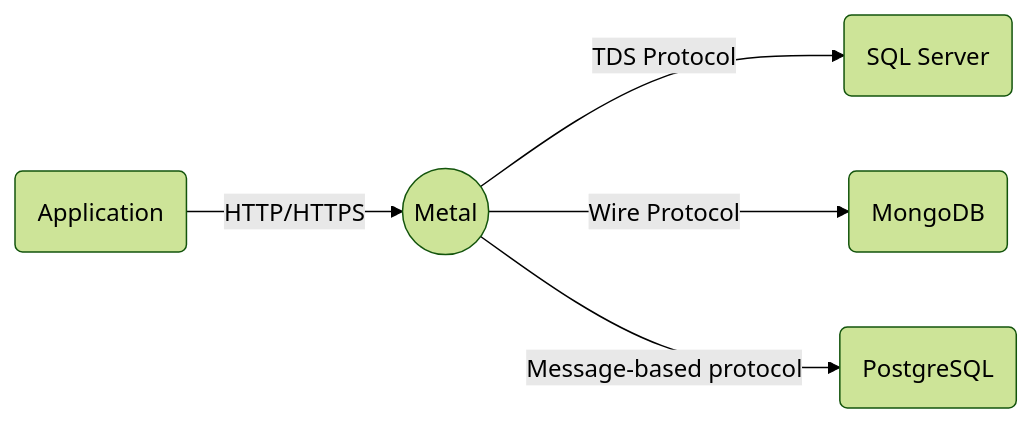
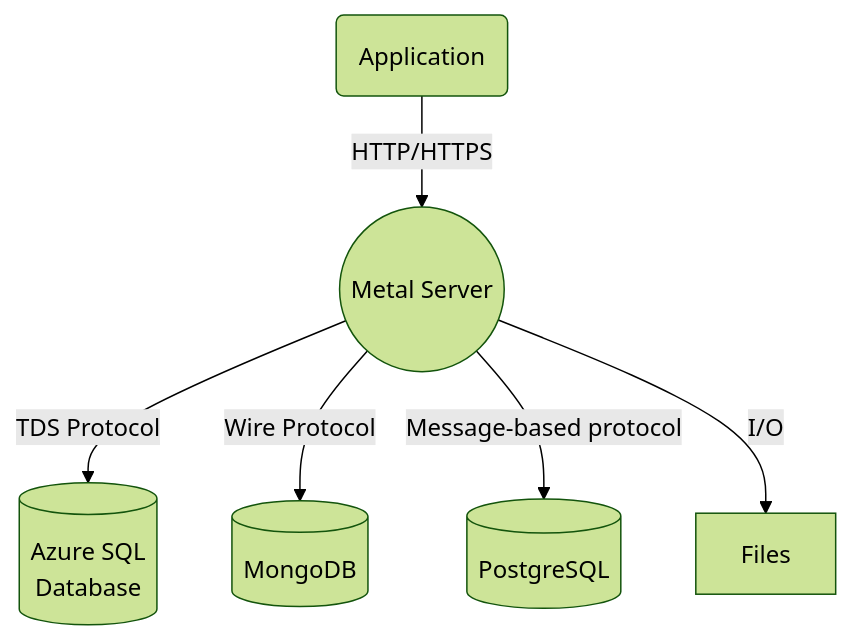
One commit to anismegdiche/metal-server changed the diagram in README.md. Above: the diagram before and after it, drawn with Mermaid (forest theme). The commit also changed other lines of this file and 7 other files, not shown here.

````diff
--- a/README.md
+++ b/README.md
@@ -8,7 +10,8 @@
 ```mermaid
-graph LR
-M((Metal)) -- TDS Protocol --> A(SQL Server)
-M -- Wire Protocol --> B(MongoDB)
-M -- Message-based protocol --> C(PostgreSQL)
+graph TD
+M((Metal Server)) -- TDS Protocol --> A[(Azure SQL <br>Database)]
+M -- Wire Protocol --> B[(MongoDB)]
+M -- Message-based protocol --> C[(PostgreSQL)]
+M -- I/O --> F[Files]
 U(Application) -- HTTP/HTTPS --> M
 ```
````
